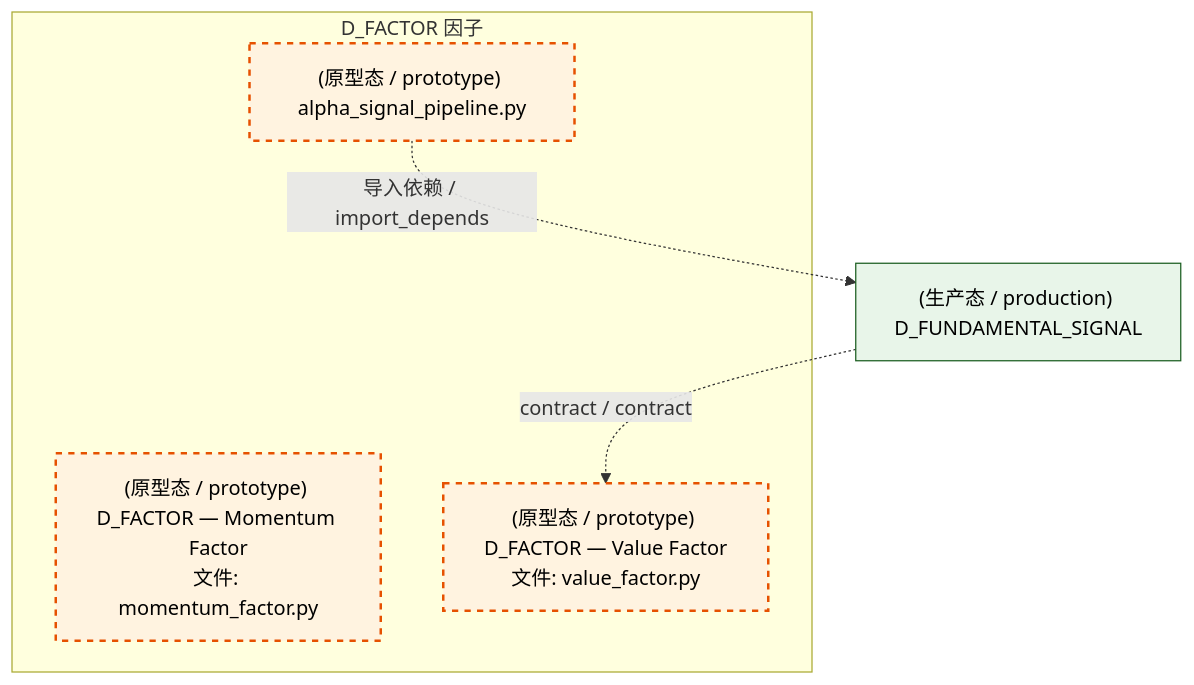
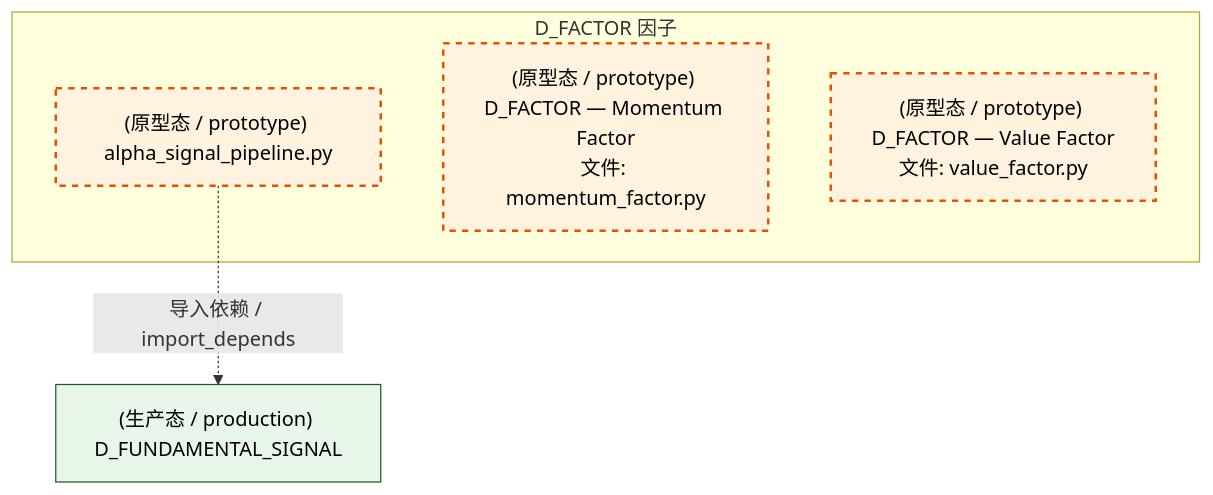
The third of 4 diagrams in docs/02_enterprise_architecture/02_domain_architecture_docs/36_d_factor.md (xuanFelixVan/ZephyrAlpha), drawn with Mermaid before and after one commit. The commit also changed other lines of this file and 101 other files, not shown here.

````diff
--- a/docs/02_enterprise_architecture/02_domain_architecture_docs/36_d_factor.md
+++ b/docs/02_enterprise_architecture/02_domain_architecture_docs/36_d_factor.md
@@ -132,17 +131,16 @@
 ```mermaid
 graph TD
     subgraph D_FACTOR["D_FACTOR 因子"]
         src_zephyr_factor_alpha_signal_pipeline_py["(原型态 / prototype) alpha_signal_pipeline.py"]
         src_zephyr_factor_momentum_factor_py["(原型态 / prototype) D_FACTOR — Momentum Factor<br/>文件: momentum_factor.py"]
         src_zephyr_factor_value_factor_py["(原型态 / prototype) D_FACTOR — Value Factor<br/>文件: value_factor.py"]
     end
     D_FUNDAMENTAL_SIGNAL["(生产态 / production) D_FUNDAMENTAL_SIGNAL"]
     src_zephyr_factor_alpha_signal_pipeline_py -.->|导入依赖 / import_depends| D_FUNDAMENTAL_SIGNAL
-    D_FUNDAMENTAL_SIGNAL -.->|contract / contract| src_zephyr_factor_value_factor_py
     classDef production fill:#e1f5fe,stroke:#01579b,stroke-width:2px,color:#000
     classDef design fill:#fff3e0,stroke:#e65100,stroke-width:2px,color:#000,stroke-dasharray: 5 5
     classDef external_prod fill:#e8f5e9,stroke:#1b5e20,stroke-width:1px,color:#000
     classDef external_design fill:#fce4ec,stroke:#880e4f,stroke-width:1px,color:#000,stroke-dasharray: 5 5
     class src_zephyr_factor_alpha_signal_pipeline_py,src_zephyr_factor_momentum_factor_py,src_zephyr_factor_value_factor_py design
     class D_FUNDAMENTAL_SIGNAL external_prod
 ```
````
